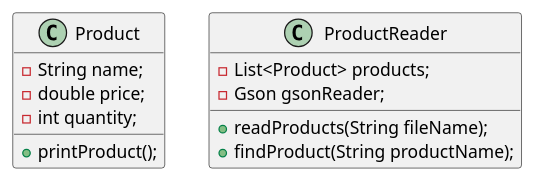
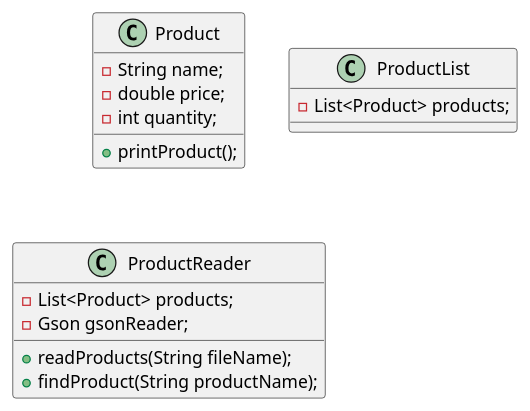
Before and after one commit to RyanTheGuyInSpace/hodge-a04: the diagram in exercise44/docs/ProductReader.puml, drawn with PlantUML. The commit also changed 6 other files, not shown here.

```diff
--- a/exercise44/docs/ProductReader.puml
+++ b/exercise44/docs/ProductReader.puml
@@ -1,19 +1,23 @@
 @startuml
 
 class Product {
     -String name;
     -double price;
     -int quantity;
 
     +printProduct();
+}
+
+class ProductList {
+    -List<Product> products;
 }
 
 class ProductReader {
     -List<Product> products;
     -Gson gsonReader;
 
     +readProducts(String fileName);
     +findProduct(String productName);
 }
 
 @enduml
```
